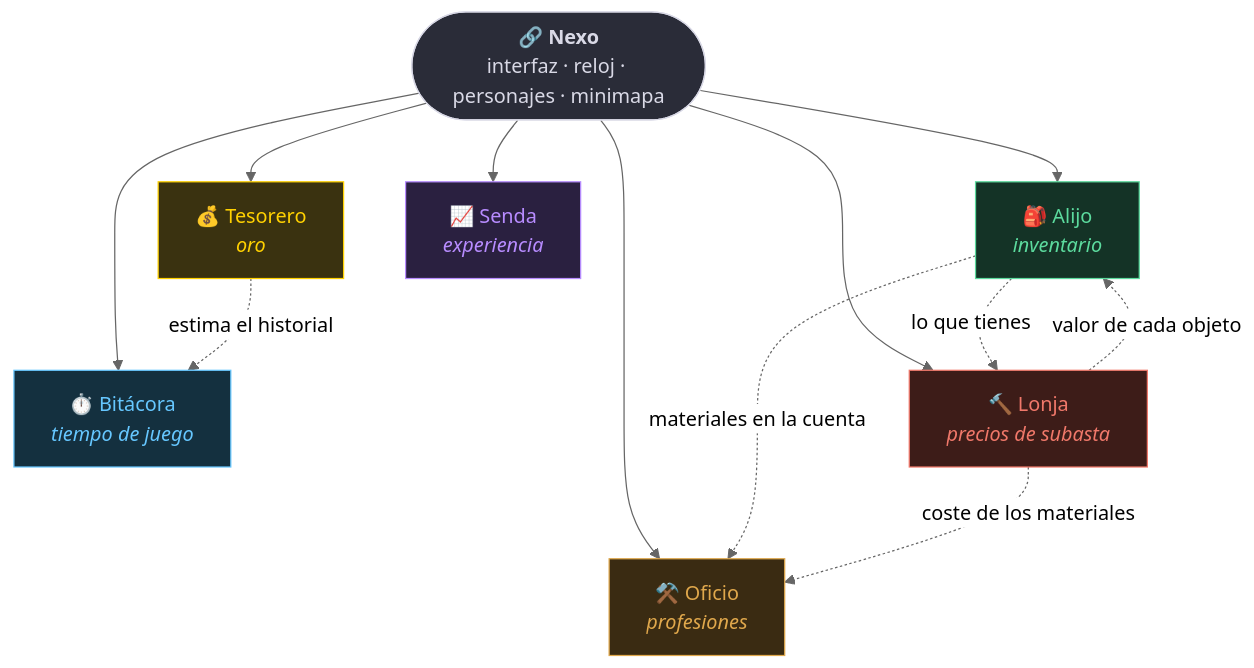
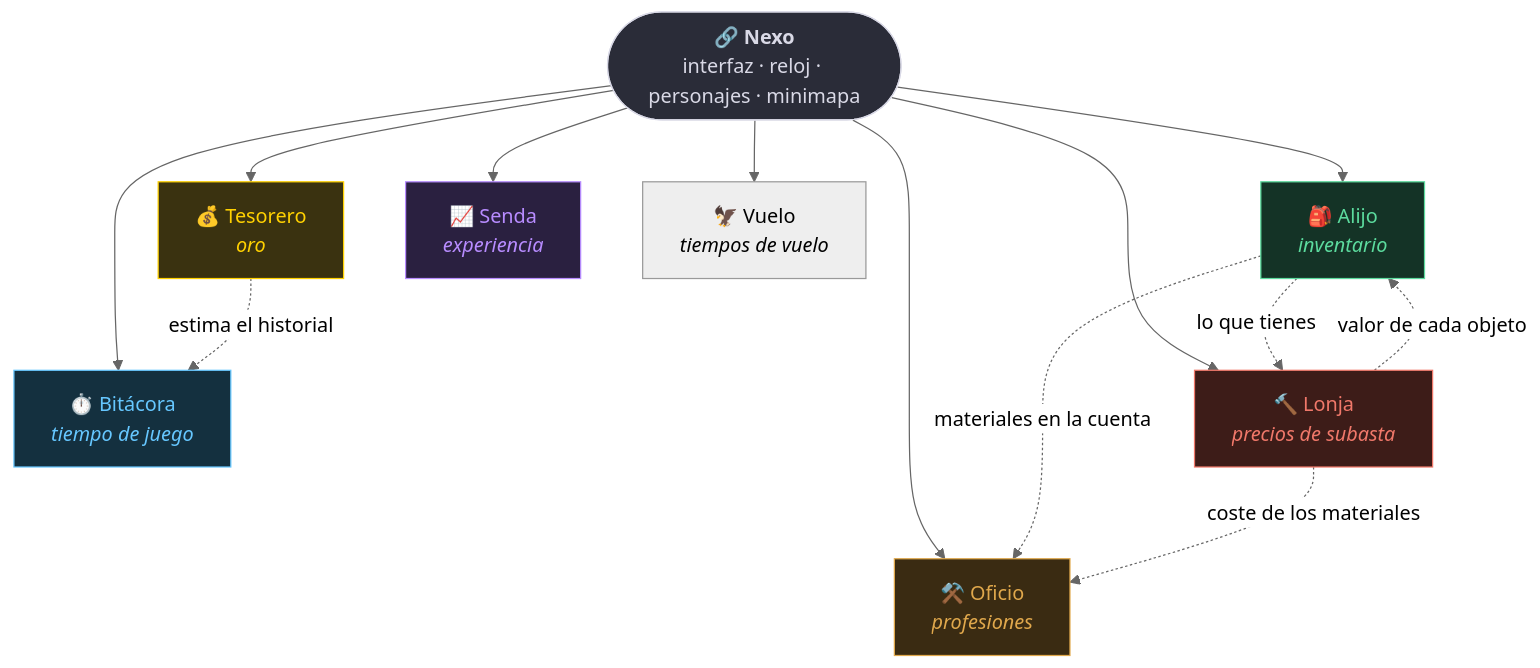
One commit to marmol89/nexo changed the diagram in README.md. Above: the diagram before and after it, drawn with Mermaid (neutral theme). The commit also changed other lines of this file and 7 other files, not shown here.

First line of the commit message:
Vuelo 0.1.0: tiempos de vuelo y contador movible; Nexo 1.5.0 con Nexo.Movable

````diff
--- a/README.md
+++ b/README.md
@@ -39,23 +40,24 @@
 ```mermaid
 flowchart TD
     N(["🔗 <b>Nexo</b><br>interfaz · reloj · personajes · minimapa"])
     N --> T["💰 Tesorero<br><i>oro</i>"]
     N --> B["⏱️ Bitácora<br><i>tiempo de juego</i>"]
     N --> A["🎒 Alijo<br><i>inventario</i>"]
     N --> S["📈 Senda<br><i>experiencia</i>"]
     N --> O["⚒️ Oficio<br><i>profesiones</i>"]
     N --> L["🔨 Lonja<br><i>precios de subasta</i>"]
+    N --> V["🦅 Vuelo<br><i>tiempos de vuelo</i>"]
     T -. "estima el historial" .-> B
     A -. "materiales en la cuenta" .-> O
     A -. "lo que tienes" .-> L
     L -. "coste de los materiales" .-> O
     L -. "valor de cada objeto" .-> A
 
     style N fill:#2a2c38,stroke:#d9d9e6,color:#d9d9e6
     style T fill:#3a3210,stroke:#ffd100,color:#ffd100
     style B fill:#14303f,stroke:#66c7ff,color:#66c7ff
     style A fill:#143326,stroke:#5cdb9e,color:#5cdb9e
     style S fill:#2a2040,stroke:#b88cff,color:#b88cff
     style O fill:#3a2b12,stroke:#e0a84c,color:#e0a84c
     style L fill:#3d1c18,stroke:#f0786a,color:#f0786a
 ```
````
